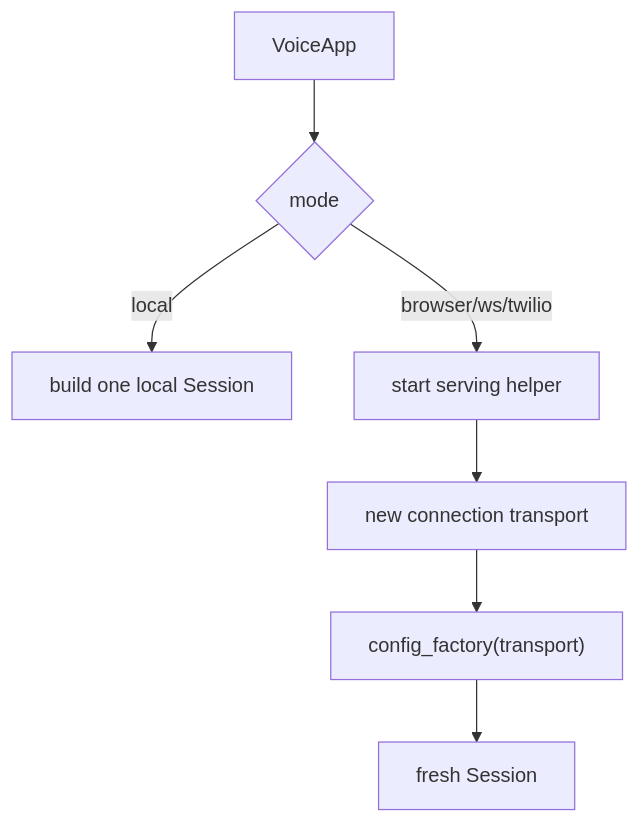
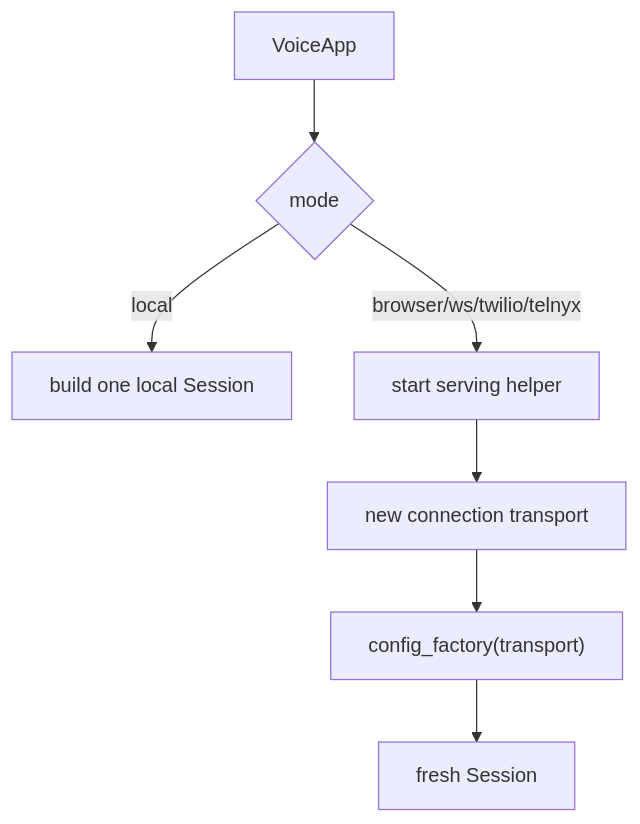
One commit to yisding/easycat changed the third of 9 diagrams in docs/development/07-transports-and-production.md. Above: the diagram before and after it, drawn with Mermaid. The commit also changed other lines of this file and 8 other files, not shown here.

````diff
--- a/docs/development/07-transports-and-production.md
+++ b/docs/development/07-transports-and-production.md
@@ -85,15 +86,15 @@
 ```mermaid
 flowchart TD
     APP["VoiceApp"]
     MODE{"mode"}
     LOCAL["build one local Session"]
     MULTI["start serving helper"]
     CONN["new connection transport"]
     FACTORY["config_factory(transport)"]
     SESSION["fresh Session"]
 
     APP --> MODE
     MODE -->|local| LOCAL
-    MODE -->|browser/ws/twilio| MULTI
+    MODE -->|browser/ws/twilio/telnyx| MULTI
     MULTI --> CONN --> FACTORY --> SESSION
 ```
````
